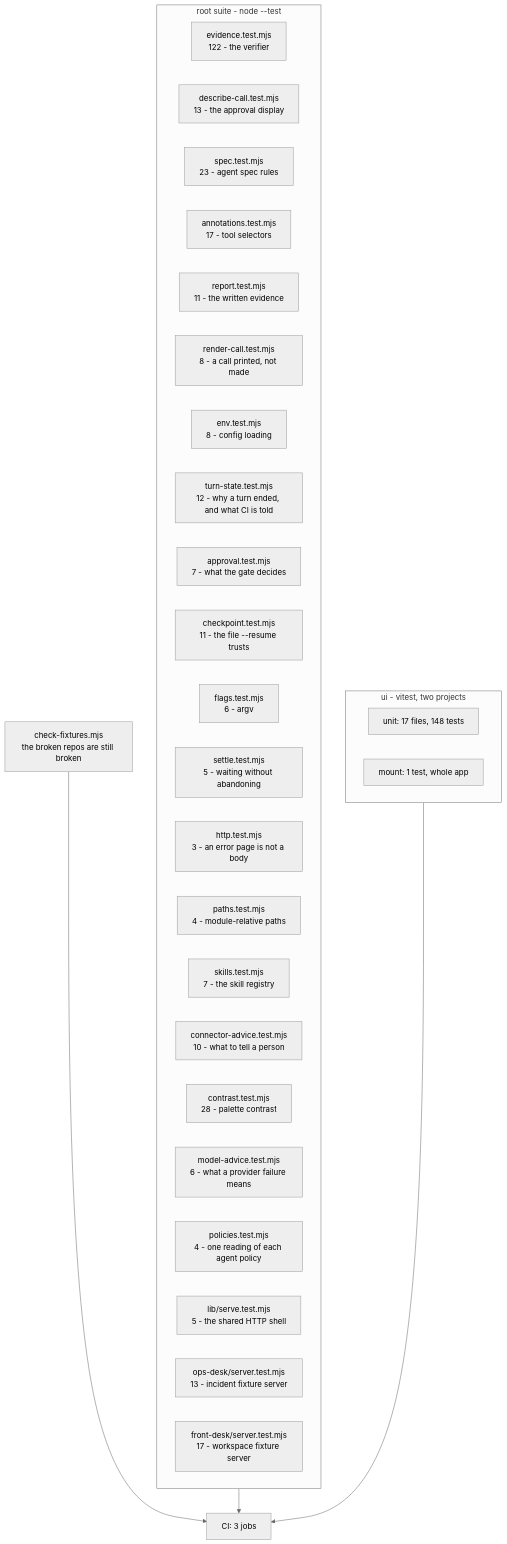
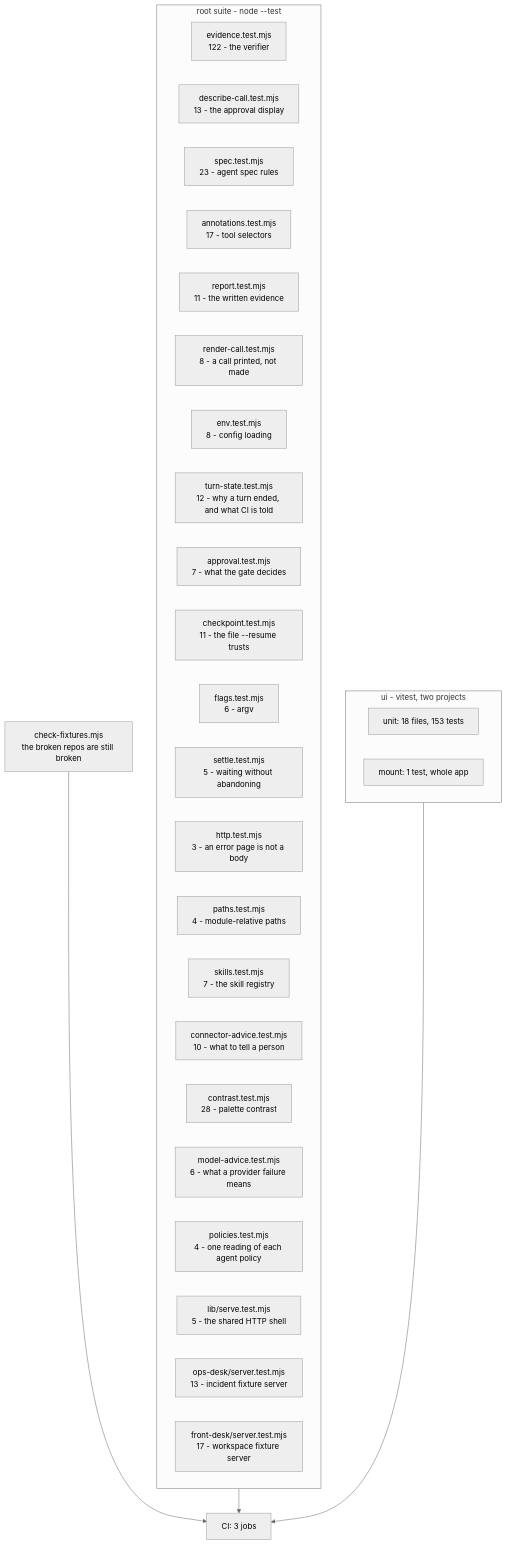
Before and after one commit to manumishra12/quartermaster: the diagram in TESTING.md, drawn with Mermaid (neutral theme). The commit also changed other lines of this file and 4 other files, not shown here.

````diff
--- a/TESTING.md
+++ b/TESTING.md
@@ -30,38 +30,38 @@
 ```mermaid
 flowchart TD
   subgraph root["root suite - node --test"]
     EV["evidence.test.mjs<br/>122 - the verifier"]
     DC["describe-call.test.mjs<br/>13 - the approval display"]
     SP["spec.test.mjs<br/>23 - agent spec rules"]
     AN["annotations.test.mjs<br/>17 - tool selectors"]
     RP["report.test.mjs<br/>11 - the written evidence"]
     RC["render-call.test.mjs<br/>8 - a call printed, not made"]
     EN["env.test.mjs<br/>8 - config loading"]
     TS["turn-state.test.mjs<br/>12 - why a turn ended, and what CI is told"]
     AP["approval.test.mjs<br/>7 - what the gate decides"]
     CK["checkpoint.test.mjs<br/>11 - the file --resume trusts"]
     FL["flags.test.mjs<br/>6 - argv"]
     ST["settle.test.mjs<br/>5 - waiting without abandoning"]
     HT["http.test.mjs<br/>3 - an error page is not a body"]
     PA["paths.test.mjs<br/>4 - module-relative paths"]
     SK["skills.test.mjs<br/>7 - the skill registry"]
     CA["connector-advice.test.mjs<br/>10 - what to tell a person"]
     CO["contrast.test.mjs<br/>28 - palette contrast"]
     MA["model-advice.test.mjs<br/>6 - what a provider failure means"]
     PO["policies.test.mjs<br/>4 - one reading of each agent policy"]
     SV["lib/serve.test.mjs<br/>5 - the shared HTTP shell"]
     OD["ops-desk/server.test.mjs<br/>13 - incident fixture server"]
     FD["front-desk/server.test.mjs<br/>17 - workspace fixture server"]
   end
 
   subgraph ui["ui - vitest, two projects"]
-    U1["unit: 17 files, 148 tests"]
+    U1["unit: 18 files, 153 tests"]
     U2["mount: 1 test, whole app"]
   end
 
   FX["check-fixtures.mjs<br/>the broken repos are still broken"]
 
   root --> CI["CI: 3 jobs"]
   ui --> CI
   FX --> CI
 ```
````
